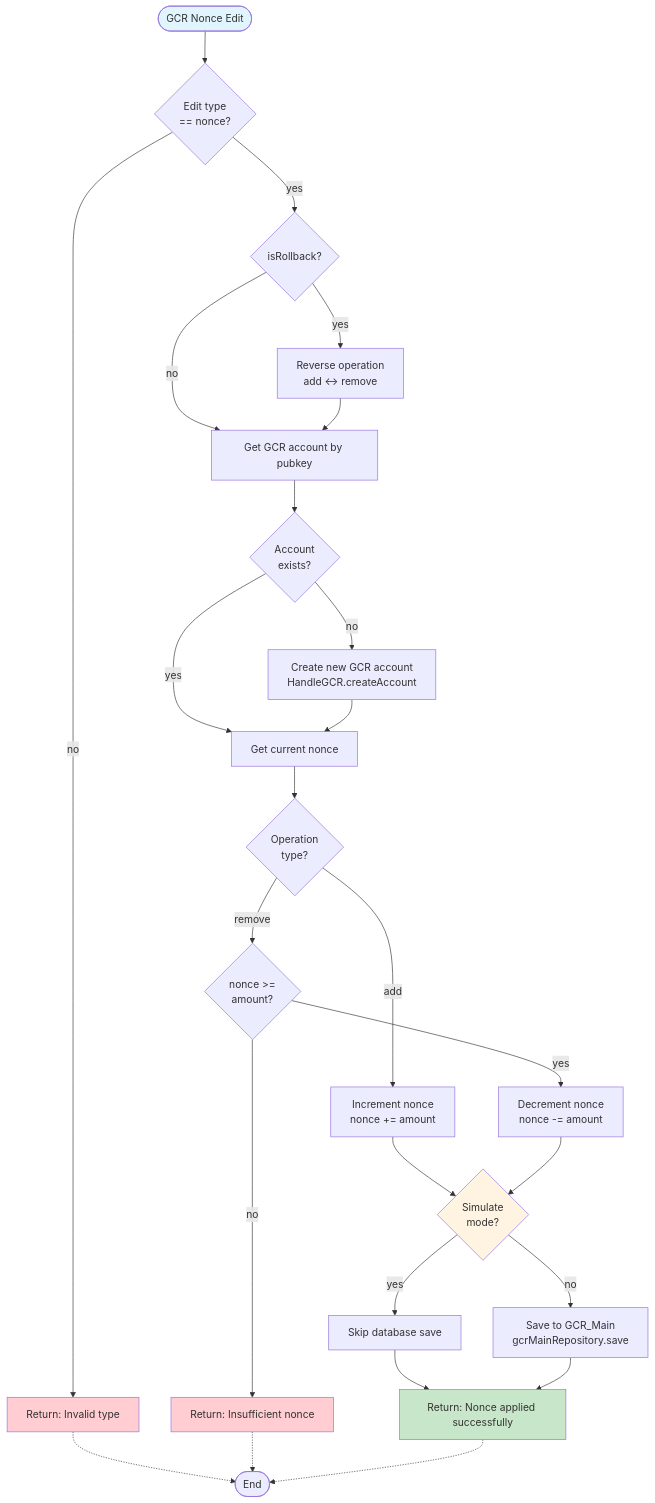
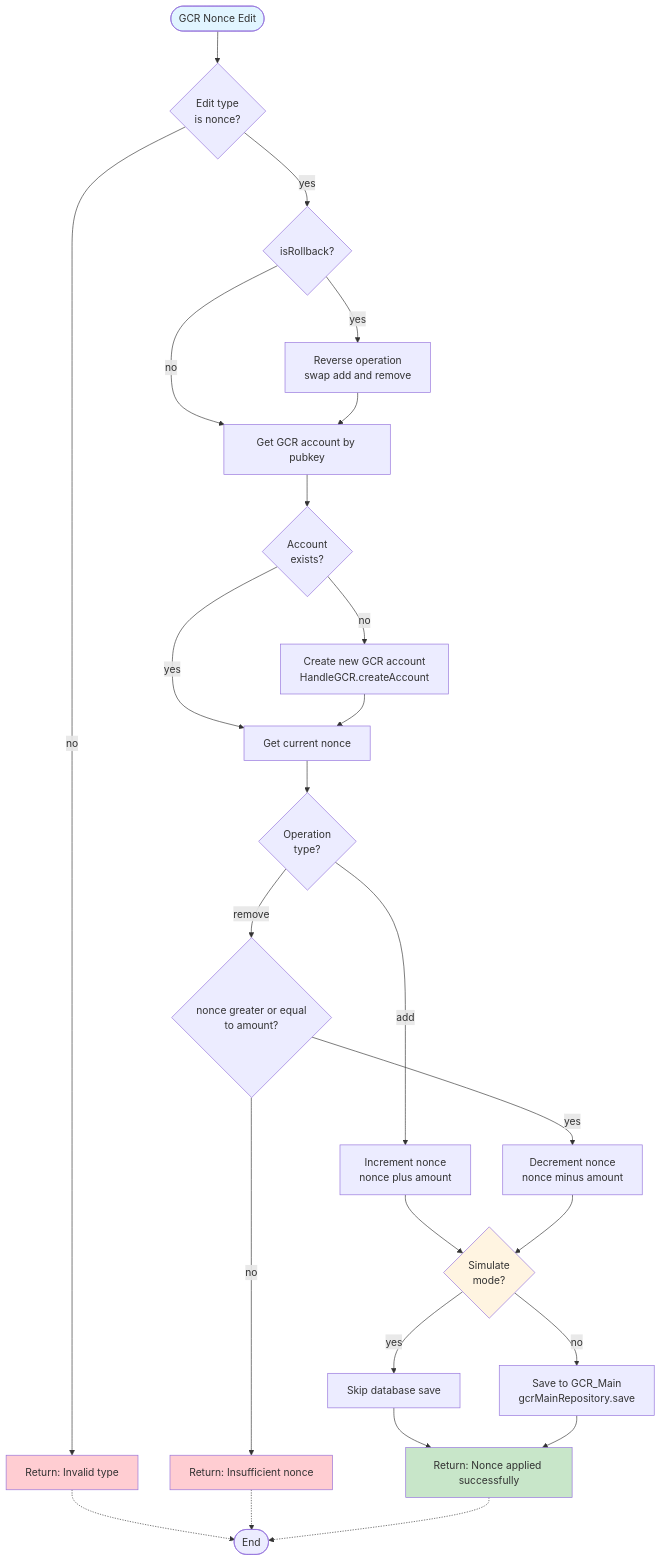
One commit to Shitikyan/node changed the sixth of 10 diagrams in diagrams/gcr/GCR.md. Above: the diagram before and after it, drawn with Mermaid. The commit also changed other lines of this file and 1 other file, not shown here.

Commit message:
Fix mermaid syntax errors in GCR diagrams - remove special characters that break HTML renderer

````diff
--- a/diagrams/gcr/GCR.md
+++ b/diagrams/gcr/GCR.md
@@ -549,46 +549,46 @@
 ```mermaid
 flowchart TD
     START([GCR Nonce Edit])
 
-    START --> VALIDATETYPE{Edit type<br/>== nonce?}
+    START --> VALIDATETYPE{Edit type<br/>is nonce?}
     VALIDATETYPE -->|no| INVALID[Return: Invalid type]
     VALIDATETYPE -->|yes| CHECKROLLBACK{isRollback?}
 
-    CHECKROLLBACK -->|yes| REVERSE[Reverse operation<br/>add ↔ remove]
+    CHECKROLLBACK -->|yes| REVERSE[Reverse operation<br/>swap add and remove]
     CHECKROLLBACK -->|no| GETACCOUNT
     REVERSE --> GETACCOUNT
 
     GETACCOUNT[Get GCR account by pubkey]
     GETACCOUNT --> ACCOUNTEXISTS{Account<br/>exists?}
 
     ACCOUNTEXISTS -->|no| CREATE[Create new GCR account<br/>HandleGCR.createAccount]
     ACCOUNTEXISTS -->|yes| GETCURRENT[Get current nonce]
     CREATE --> GETCURRENT
 
     GETCURRENT --> OPERATION{Operation<br/>type?}
 
-    OPERATION -->|add| ADD[Increment nonce<br/>nonce += amount]
-    OPERATION -->|remove| CHECKSUFFICIENT{nonce >=<br/>amount?}
+    OPERATION -->|add| ADD[Increment nonce<br/>nonce plus amount]
+    OPERATION -->|remove| CHECKSUFFICIENT{nonce greater or equal<br/>to amount?}
 
     CHECKSUFFICIENT -->|no| INSUFFICENT[Return: Insufficient nonce]
-    CHECKSUFFICIENT -->|yes| REMOVE[Decrement nonce<br/>nonce -= amount]
+    CHECKSUFFICIENT -->|yes| REMOVE[Decrement nonce<br/>nonce minus amount]
 
     ADD --> SIMULATE{Simulate<br/>mode?}
     REMOVE --> SIMULATE
 
     SIMULATE -->|yes| SKIPSAVE[Skip database save]
     SIMULATE -->|no| PERSIST[Save to GCR_Main<br/>gcrMainRepository.save]
 
     SKIPSAVE --> SUCCESS[Return: Nonce applied successfully]
     PERSIST --> SUCCESS
 
     INVALID -.-> END([End])
     INSUFFICENT -.-> END
     SUCCESS -.-> END
 
     style START fill:#e1f5ff
     style SUCCESS fill:#c8e6c9
     style INVALID fill:#ffcdd2
     style INSUFFICENT fill:#ffcdd2
     style SIMULATE fill:#fff4e1
 ```
````
